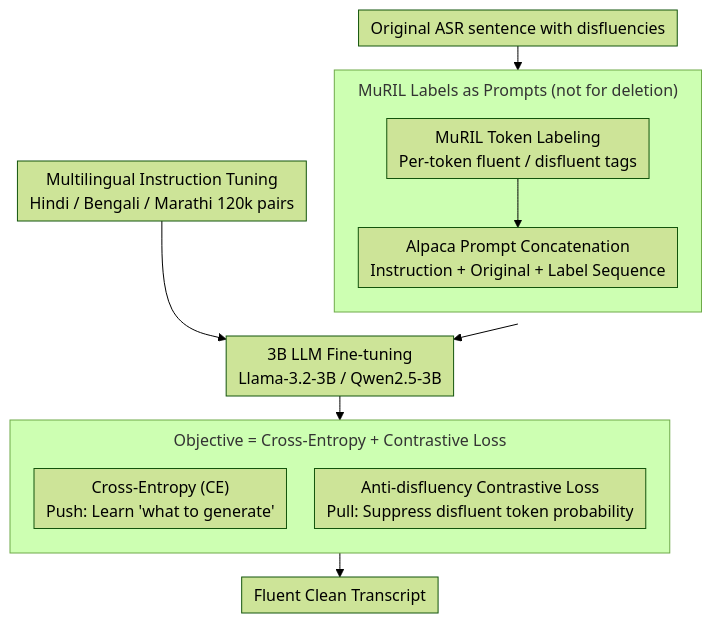
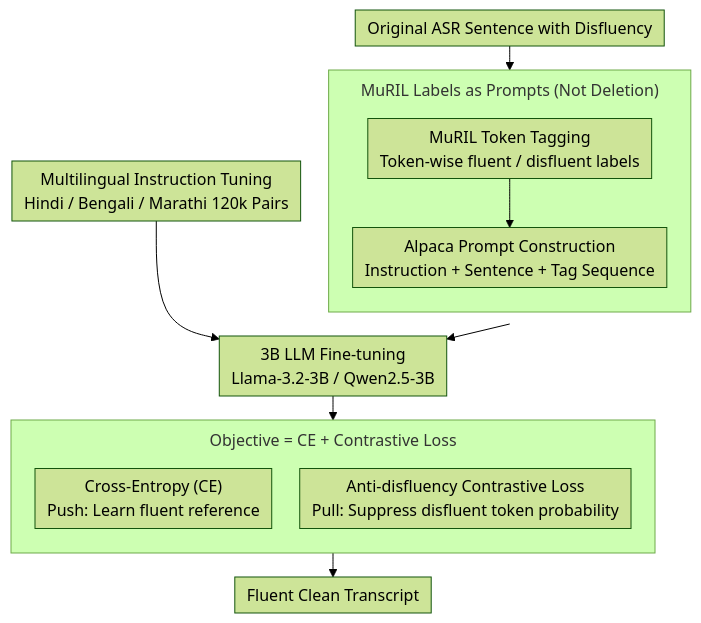
The diagram in docs/ACL2026/audio_speech/mind_the_pause_disfluency-aware_objective_tuning_for_multilingual_speech_correct.md (zhaoyang97/Paper-Notes-en), drawn with Mermaid (forest theme) before and after one commit. The commit also changed other lines of this file and 5084 other files, not shown here.

````diff
--- a/docs/ACL2026/audio_speech/mind_the_pause_disfluency-aware_objective_tuning_for_multilingual_speech_correct.md
+++ b/docs/ACL2026/audio_speech/mind_the_pause_disfluency-aware_objective_tuning_for_multilingual_speech_correct.md
@@ -47,18 +47,18 @@
 ```mermaid
 %%{init: {'flowchart': {'rankSpacing': 24, 'nodeSpacing': 28, 'padding': 6, 'wrappingWidth': 400, 'subGraphTitleMargin': {'top': 8, 'bottom': 16}}}}%%
 flowchart TD
-    A["Original ASR sentence with disfluencies"] --> B
-    subgraph TAG["MuRIL Labels as Prompts (not for deletion)"]
+    A["Original ASR Sentence with Disfluency"] --> B
+    subgraph TAG["MuRIL Labels as Prompts (Not Deletion)"]
         direction TB
-        B["MuRIL Token Labeling<br/>Per-token fluent / disfluent tags"] --> C["Alpaca Prompt Concatenation<br/>Instruction + Original + Label Sequence"]
+        B["MuRIL Token Tagging<br/>Token-wise fluent / disfluent labels"] --> C["Alpaca Prompt Construction<br/>Instruction + Sentence + Tag Sequence"]
     end
-    D["Multilingual Instruction Tuning<br/>Hindi / Bengali / Marathi 120k pairs"] --> E
+    D["Multilingual Instruction Tuning<br/>Hindi / Bengali / Marathi 120k Pairs"] --> E
     TAG --> E["3B LLM Fine-tuning<br/>Llama-3.2-3B / Qwen2.5-3B"]
-    subgraph LOSS["Objective = Cross-Entropy + Contrastive Loss"]
+    subgraph LOSS["Objective = CE + Contrastive Loss"]
         direction TB
-        F["Cross-Entropy (CE)<br/>Push: Learn 'what to generate'"]
+        F["Cross-Entropy (CE)<br/>Push: Learn fluent reference"]
         G["Anti-disfluency Contrastive Loss<br/>Pull: Suppress disfluent token probability"]
     end
     E --> LOSS
     LOSS --> H["Fluent Clean Transcript"]
 ```
````
